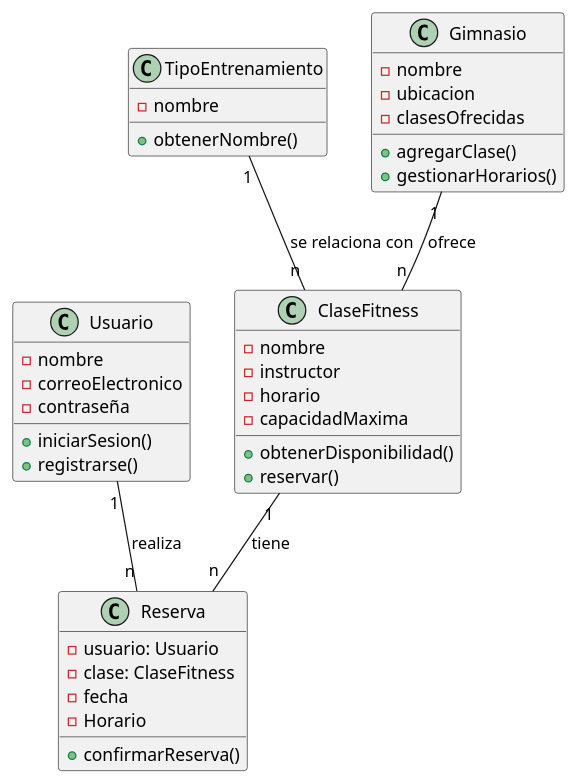
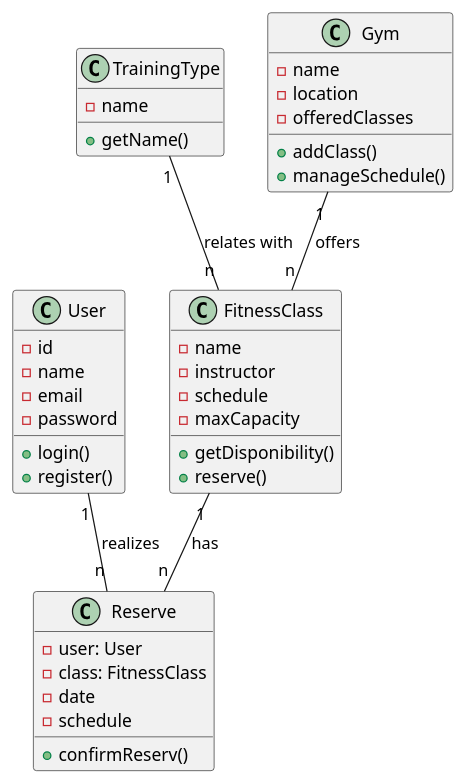
One commit to joaquinpiastre/Power-App changed the diagram in doc/clases.puml. Above: the diagram before and after it, drawn with PlantUML. The commit also changed 9 other files, not shown here.

Commit message:
Trabajamos en la clase User y cambios en los diagramas

```diff
--- a/doc/clases.puml
+++ b/doc/clases.puml
@@ -1,46 +1,46 @@
-@startuml Diagrama de clases PowerAPP
-
-class Usuario {
-  - nombre
-  - correoElectronico
-  - contraseña
-  + iniciarSesion()
-  + registrarse()
+@startuml PowerAPP Class Diagram
+class User {
+  - id
+  - name
+  - email
+  - password
+  + login()
+  + register()
 }
 
-class TipoEntrenamiento {
-  - nombre
-  + obtenerNombre()
+class TrainingType {
+  - name
+  + getName()
 }
 
-class ClaseFitness {
-  - nombre
+class FitnessClass {
+  - name
   - instructor
-  - horario
-  - capacidadMaxima
-  + obtenerDisponibilidad()
-  + reservar()
+  - schedule
+  - maxCapacity
+  + getDisponibility()
+  + reserve()
 }
 
-class Gimnasio {
-  - nombre
-  - ubicacion
-  - clasesOfrecidas
-  + agregarClase()
-  + gestionarHorarios()
+class Gym {
+  - name
+  - location
+  - offeredClasses
+  + addClass()
+  + manageSchedule()
 }
 
-class Reserva {
-  - usuario: Usuario
-  - clase: ClaseFitness
-  - fecha
-  - Horario
-  + confirmarReserva()
+class Reserve {
+  - user: User
+  - class: FitnessClass
+  - date
+  - schedule
+  + confirmReserv()
 }
 
-TipoEntrenamiento "1" -- "n" ClaseFitness : se relaciona con
-Usuario "1" -- "n" Reserva : realiza
-ClaseFitness "1" -- "n" Reserva : tiene
-Gimnasio "1" -- "n" ClaseFitness : ofrece
+TrainingType "1" -- "n" FitnessClass : relates with
+User "1" -- "n" Reserve : realizes
+FitnessClass "1" -- "n" Reserve : has
+Gym "1" -- "n" FitnessClass : offers
 
 @enduml
```
